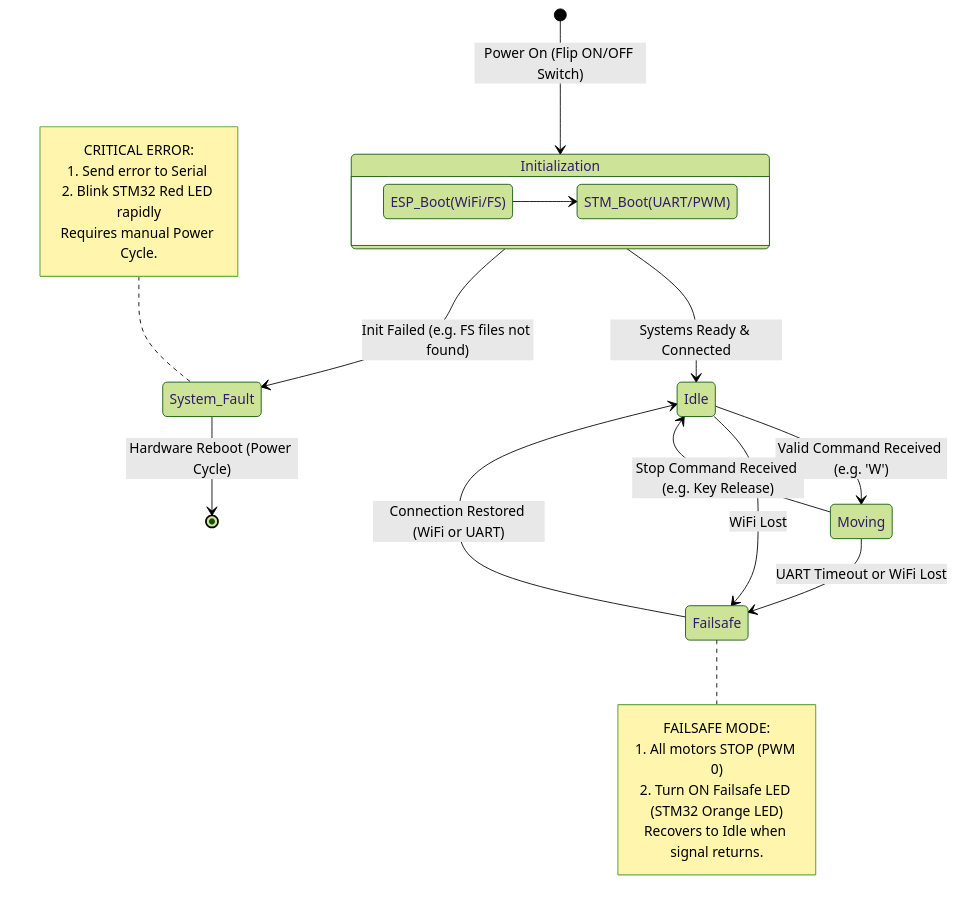
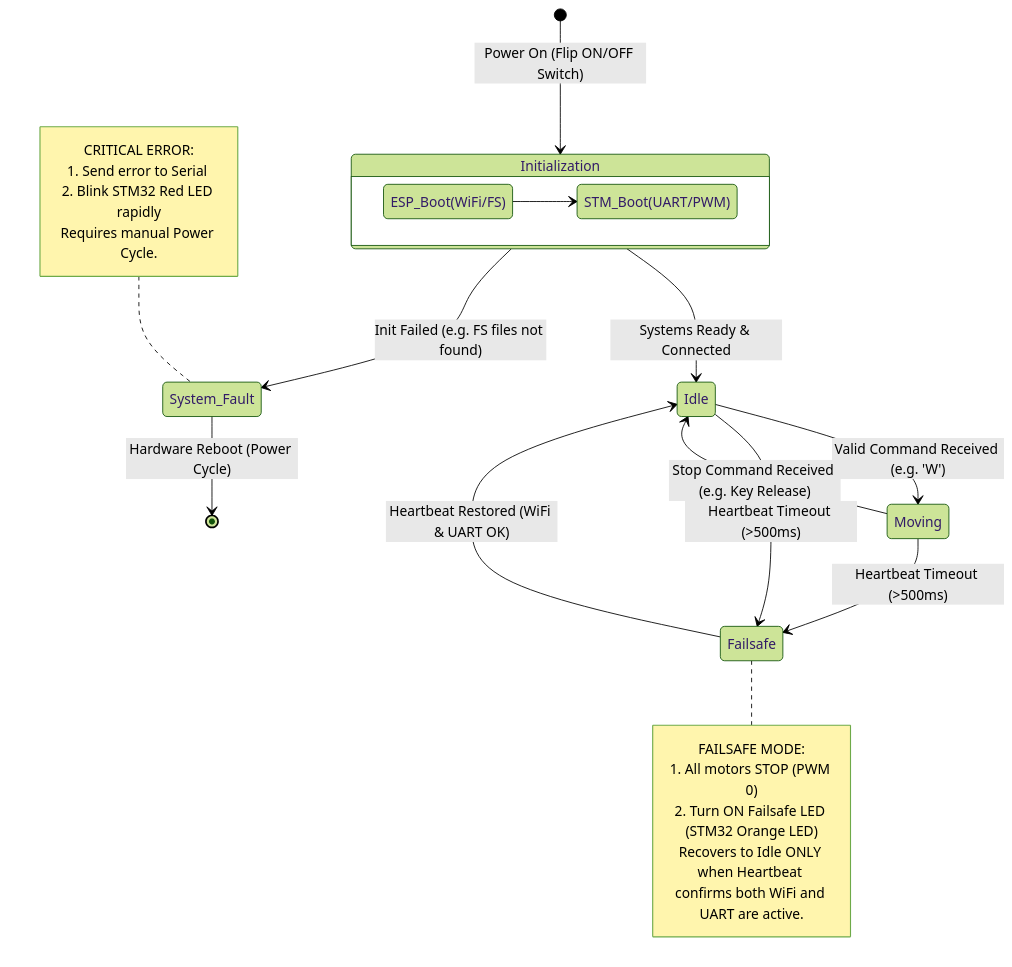
The third of 3 diagrams in README.md (paulantofe/D.A.R.T.), drawn with Mermaid (forest theme) before and after one commit.

Commit message:
docs: revised failsafe conditions in state machine diagram
Updated failsafe conditions to include heartbeat timeout requirements.

````diff
--- a/README.md
+++ b/README.md
@@ -79,35 +79,36 @@
 ```mermaid
 stateDiagram-v2
     [*] --> Initialization : Power On (Flip ON/OFF Switch)
     
     state Initialization {
         direction LR
         ESP_Boot(WiFi/FS) --> STM_Boot(UART/PWM)
     }
 
     Initialization --> Idle : Systems Ready & Connected
     Initialization --> System_Fault : Init Failed (e.g. FS files not found)
 
     Idle --> Moving : Valid Command Received (e.g. 'W')
     Moving --> Idle : Stop Command Received (e.g. Key Release)
 
-    Moving --> Failsafe : UART Timeout or WiFi Lost
-    Idle --> Failsafe : WiFi Lost
+    Moving --> Failsafe : Heartbeat Timeout (>500ms)
+    Idle --> Failsafe : Heartbeat Timeout (>500ms)
 
-    Failsafe --> Idle : Connection Restored (WiFi or UART)
+    Failsafe --> Idle : Heartbeat Restored (WiFi & UART OK)
     System_Fault --> [*] : Hardware Reboot (Power Cycle)
 
     note left of System_Fault
         CRITICAL ERROR:
         1. Send error to Serial 
         2. Blink STM32 Red LED rapidly
         Requires manual Power Cycle.
     end note
 
     note right of Failsafe
         FAILSAFE MODE:
         1. All motors STOP (PWM 0)
         2. Turn ON Failsafe LED (STM32 Orange LED)
-        Recovers to Idle when signal returns.
+        Recovers to Idle ONLY when Heartbeat 
+        confirms both WiFi and UART are active.
     end note
 ```
````
